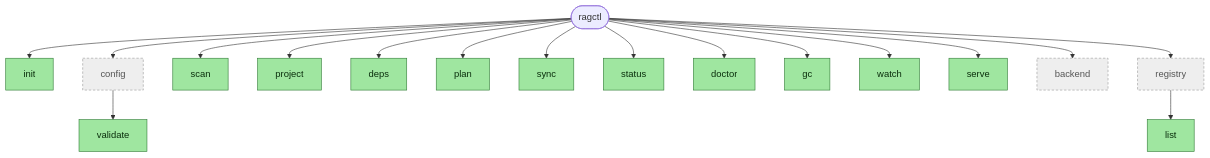
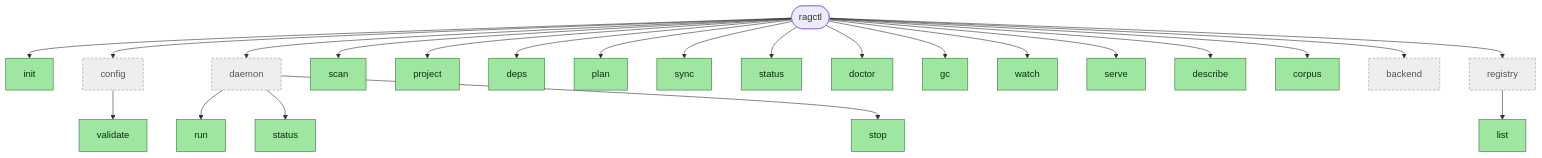
One commit to aleutian-ai/depctl changed the first of 12 diagrams in docs/architecture.md. Above: the diagram before and after it, drawn with Mermaid. The commit also changed other lines of this file and 4 other files, not shown here.

````diff
--- a/docs/architecture.md
+++ b/docs/architecture.md
@@ -65,26 +65,32 @@
 ```mermaid
 graph TD
     root(["ragctl"])
     root --> init["init"]
     root --> configCmd["config"]
     configCmd --> validate["validate"]
+    root --> daemonCmd["daemon"]
+    daemonCmd --> daemonRun["run"]
+    daemonCmd --> daemonStatus["status"]
+    daemonCmd --> daemonStop["stop"]
     root --> scan["scan"]
     root --> project["project"]
     root --> deps["deps"]
     root --> plan["plan"]
     root --> sync["sync"]
     root --> status["status"]
     root --> doctor["doctor"]
     root --> gc["gc"]
     root --> watch["watch"]
     root --> serve["serve"]
+    root --> describe["describe"]
+    root --> corpus["corpus"]
     root --> backend["backend"]
     root --> registryCmd["registry"]
     registryCmd --> registryList["list"]
 
     classDef implemented fill:#9fe6a0,stroke:#2f7a34,color:#0a2e0c;
     classDef stub fill:#eee,stroke:#999,color:#555,stroke-dasharray: 4 3;
 
-    class init,validate,scan,project,deps,plan,sync,status,doctor,gc,watch,serve,registryList implemented
-    class configCmd,backend,registryCmd stub
+    class init,validate,daemonRun,daemonStatus,daemonStop,scan,project,deps,plan,sync,status,doctor,gc,watch,serve,describe,corpus,registryList implemented
+    class configCmd,daemonCmd,backend,registryCmd stub
 ```
````
